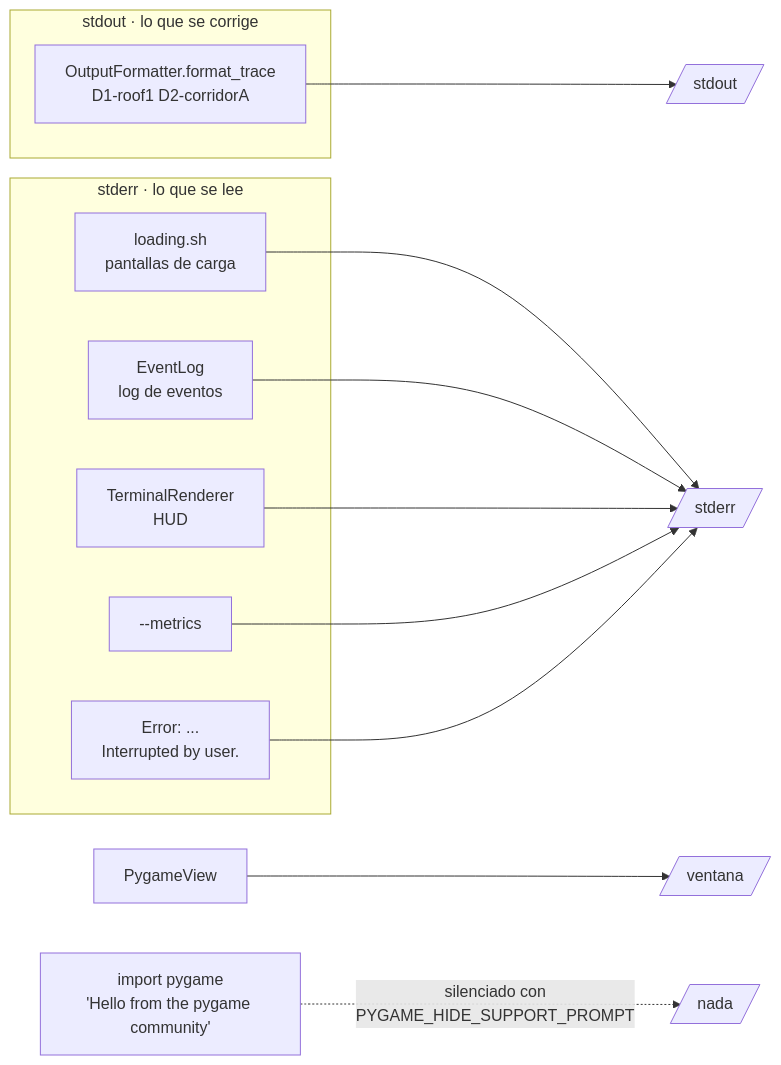
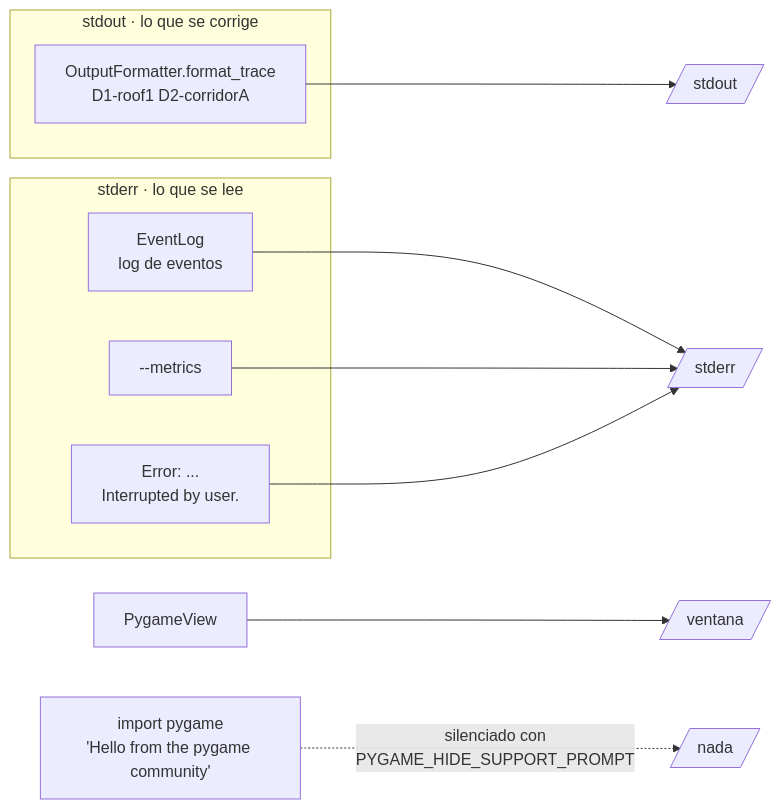
Before and after one commit to 0xARCOS/Fly-In: the sixth of 52 diagrams in docs/07-diagramas.md, drawn with Mermaid. The commit also changed other lines of this file and 33 other files, not shown here.

````diff
--- a/docs/07-diagramas.md
+++ b/docs/07-diagramas.md
@@ -400,21 +386,17 @@
 ```mermaid
 flowchart LR
     subgraph OUTCH["stdout · lo que se corrige"]
         OF["OutputFormatter.format_trace<br/>D1-roof1 D2-corridorA"]
     end
     subgraph ERRCH["stderr · lo que se lee"]
-        LD["loading.sh<br/>pantallas de carga"]
         EL["EventLog<br/>log de eventos"]
-        TR["TerminalRenderer<br/>HUD"]
         MET["--metrics"]
         ERRM["Error: ...<br/>Interrupted by user."]
     end
     OF --> SO[/"stdout"/]
-    LD --> SE[/"stderr"/]
-    EL --> SE
-    TR --> SE
+    EL --> SE[/"stderr"/]
     MET --> SE
     ERRM --> SE
     PV["PygameView"] --> WIN[/"ventana"/]
     PG["import pygame<br/>'Hello from the pygame community'"] -. "silenciado con<br/>PYGAME_HIDE_SUPPORT_PROMPT" .-> NUL[/"nada"/]
 ```
````
